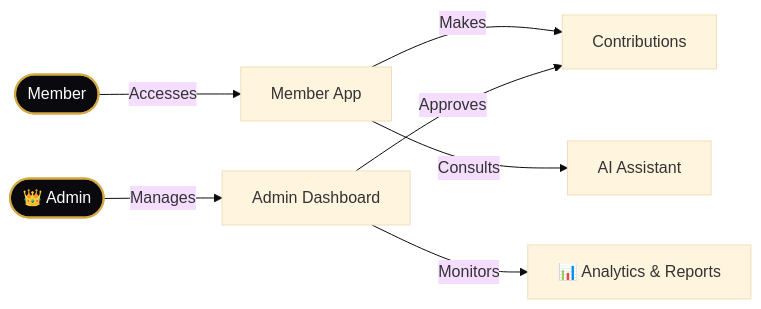
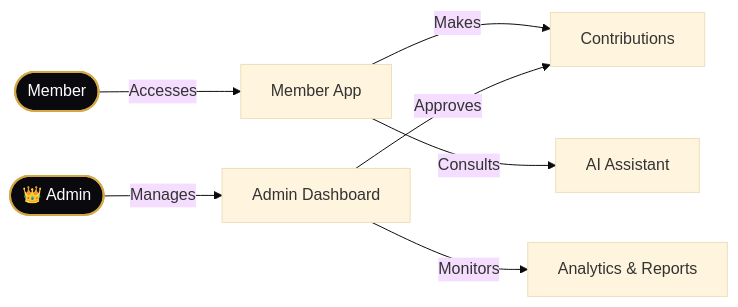
One commit to iiradukunda-dev/shinecon changed the diagram in README.md. Above: the diagram before and after it, drawn with Mermaid (base theme).

````diff
--- a/README.md
+++ b/README.md
@@ -53,16 +53,16 @@
 ```mermaid
 flowchart LR
     %% User Journey
     Member([ Member]) -->|Accesses| App[ Member App]
     App -->|Makes| Contrib[ Contributions]
     App -->|Consults| AI[ AI Assistant]
     
     %% Admin Journey
     Admin([👑 Admin]) -->|Manages| Dash[ Admin Dashboard]
     Dash -->|Approves| Contrib
-    Dash -->|Monitors| Analytics[📊 Analytics & Reports]
+    Dash -->|Monitors| Analytics[ Analytics & Reports]
     
     %% Styling
     style Member fill:#0a0a0e,stroke:#d4a843,stroke-width:2px,color:#fff
     style Admin fill:#0a0a0e,stroke:#d4a843,stroke-width:2px,color:#fff
 ```
````
